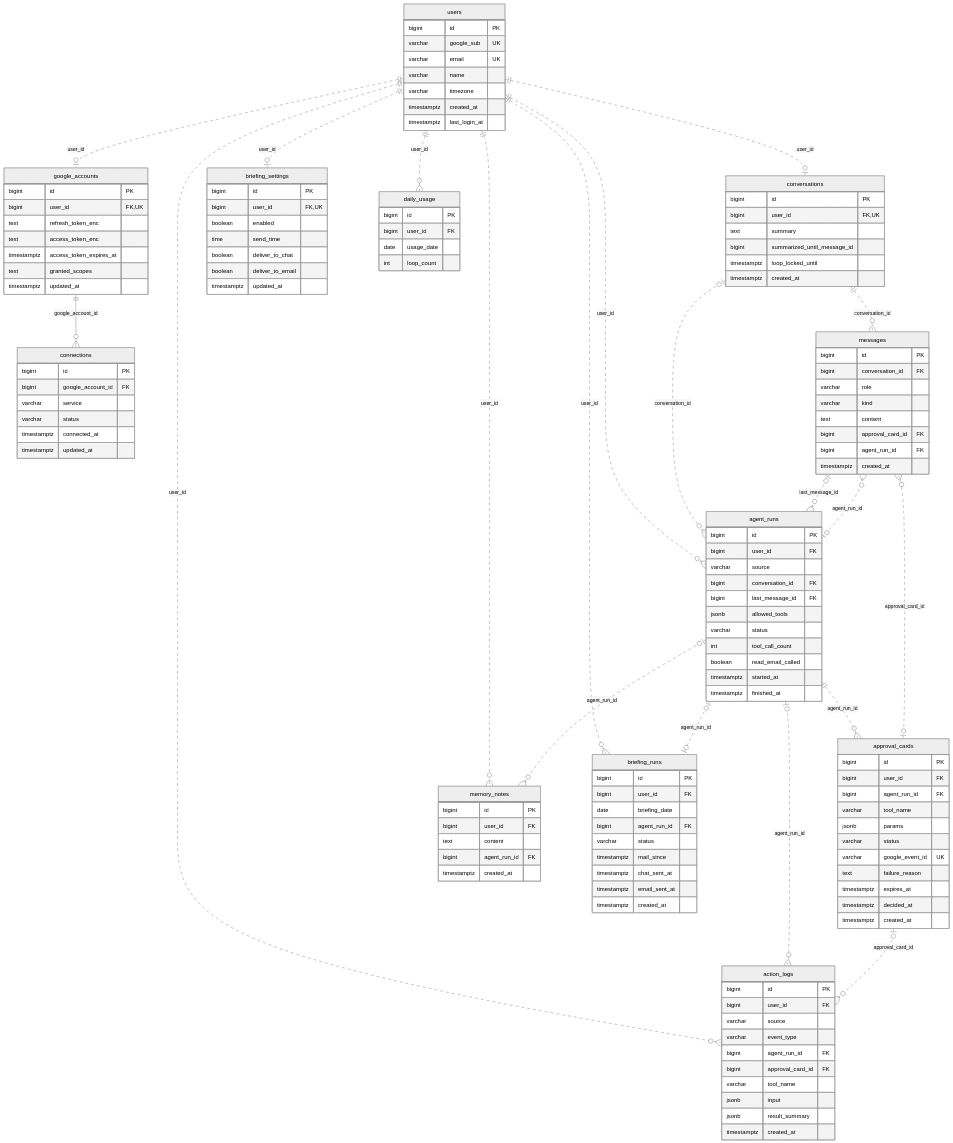
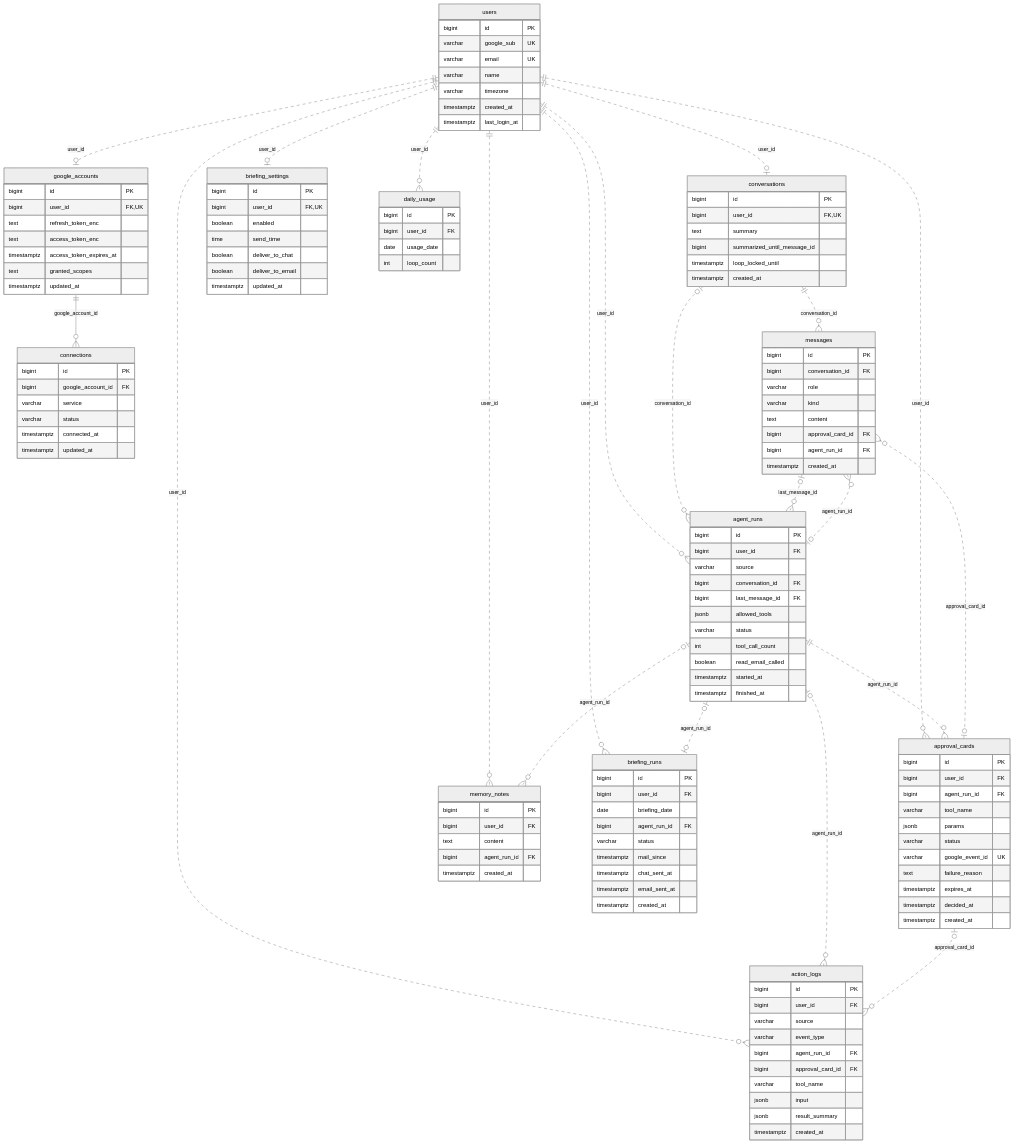
Before and after one commit to jihoo414-tech/justfun: the diagram in docs/erd.md, drawn with Mermaid (neutral theme).

Commit message:
docs: add missing users-approval_cards relation to ERD
Session: claude/4ee30db5-d440-46a8-bcfd-c9c45ba79d8c

```diff
--- a/docs/erd.md
+++ b/docs/erd.md
@@ -24,6 +24,7 @@
   users ||..o{ agent_runs : "user_id"
   conversations |o..o{ agent_runs : "conversation_id"
   messages |o..o{ agent_runs : "last_message_id"
+  users ||..o{ approval_cards : "user_id"
   agent_runs ||..o{ approval_cards : "agent_run_id"
   approval_cards |o..o{ messages : "approval_card_id"
   agent_runs |o..o{ messages : "agent_run_id"
```
